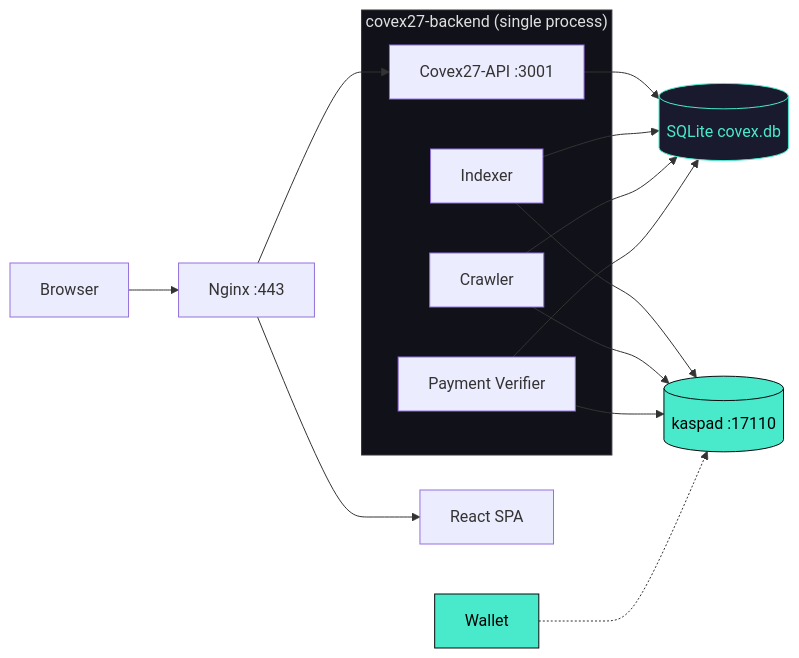
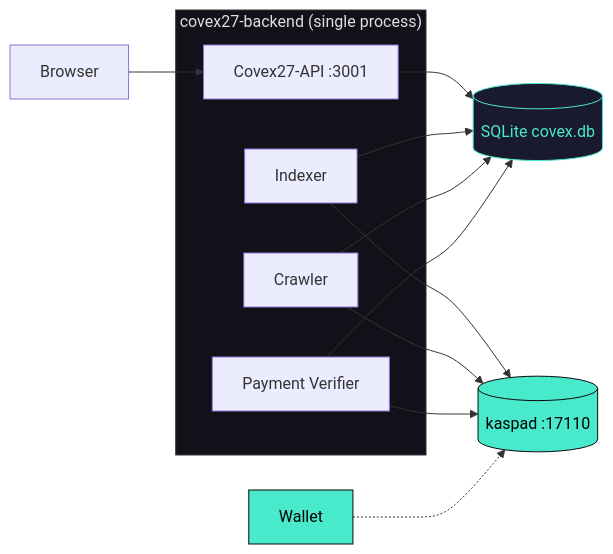
Before and after one commit to THTProtocol/Covex27: the first of 2 diagrams in README.md, drawn with Mermaid. The commit also changed other lines of this file, not shown here.

Commit message:
fix: correct ASCII COVEX logo and remove hightable.pro/Nginx references from README

````diff
--- a/README.md
+++ b/README.md
@@ -57,29 +57,27 @@
 ```mermaid
 graph LR
-    Browser[Browser] --> Nginx[Nginx :443]
-    Nginx --> Frontend[React SPA]
-    Nginx --> Backend[Covex27-API :3001]
+    Browser[Browser] --> Backend[Covex27-API :3001]
     Backend --> DB[("SQLite covex.db")]
 
     Indexer[Indexer] --> Kaspa[("kaspad :17110")]
     Crawler[Crawler] --> Kaspa
     Verifier[Payment Verifier] --> Kaspa
 
     Indexer --> DB
     Crawler --> DB
     Verifier --> DB
 
     Wallet[Wallet] -.-> Kaspa
 
     subgraph Process["covex27-backend (single process)"]
         Backend
         Indexer
         Crawler
         Verifier
     end
 
     style Kaspa fill:#49EACB,stroke:#0A0A0D,color:#000
     style Wallet fill:#49EACB,stroke:#0A0A0D,color:#000
     style DB fill:#1A1A2E,stroke:#49EACB,color:#49EACB
     style Process fill:#11111A,stroke:#333,color:#E0E0E0
 ```
````
